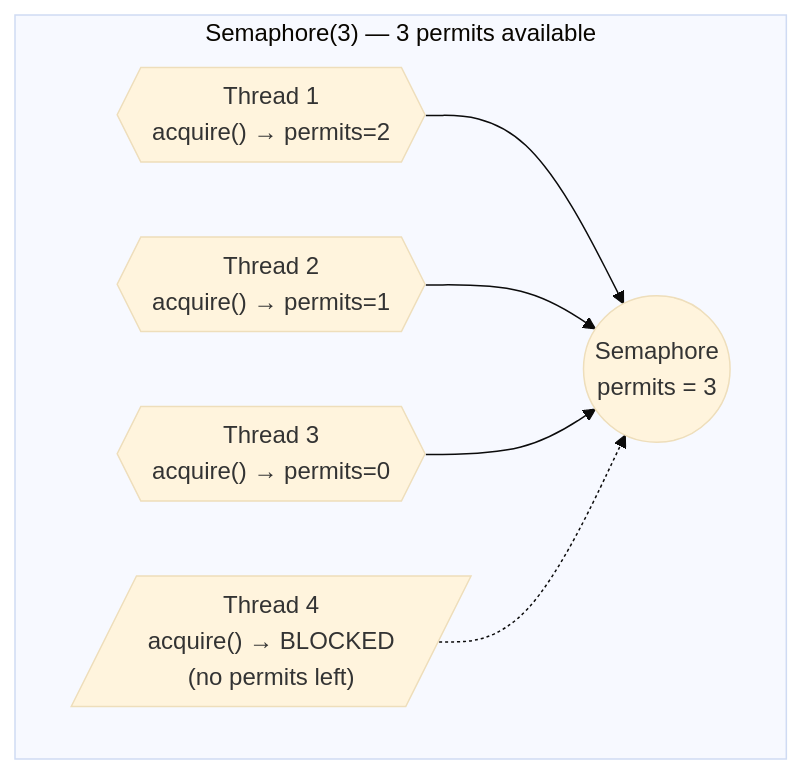
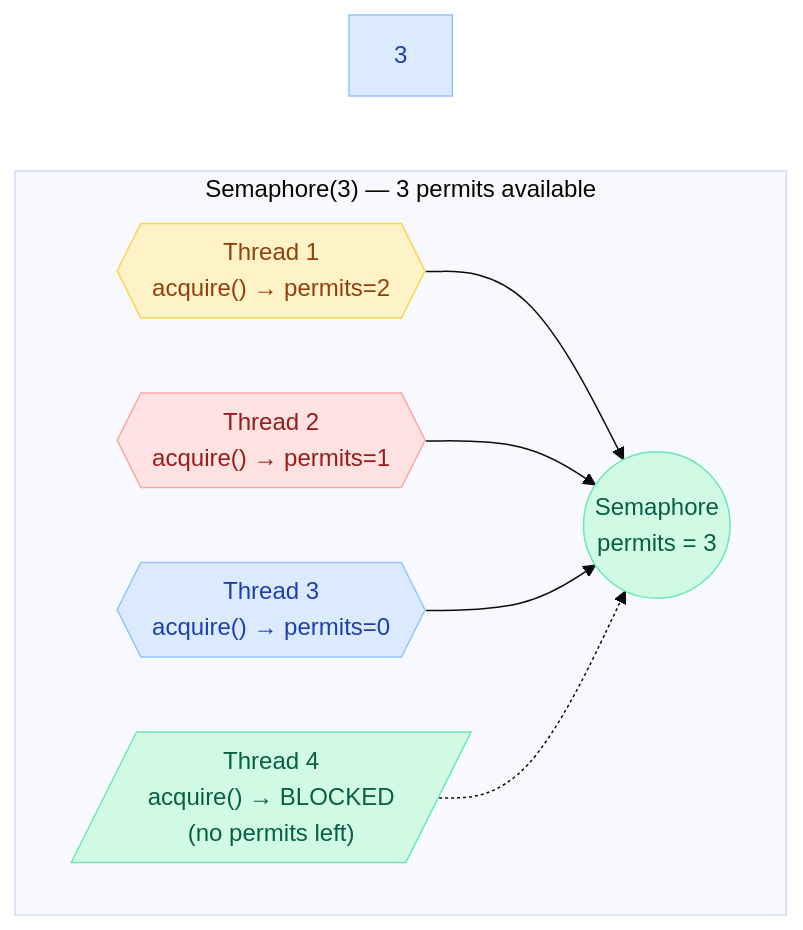
The first of 4 diagrams in docs/java/ConcurrencyPatterns.md (saivamsikaruturi/vamsilabs-dev-notes-main), drawn with Mermaid (base theme) before and after one commit. The commit also changed other lines of this file and 220 other files, not shown here.

First line of the commit message:
Add 50+ new Java/Spring Boot pages, rewrite CSS code blocks to Oracle style, fix all diagram colors

````diff
--- a/docs/java/ConcurrencyPatterns.md
+++ b/docs/java/ConcurrencyPatterns.md
@@ -284,10 +284,17 @@
 ```mermaid
 flowchart LR
     subgraph "Semaphore(3) — 3 permits available"
         direction LR
         T1{{"Thread 1<br/>acquire() → permits=2"}} --> S(("Semaphore<br/>permits = 3"))
         T2{{"Thread 2<br/>acquire() → permits=1"}} --> S
         T3{{"Thread 3<br/>acquire() → permits=0"}} --> S
         T4[/"Thread 4<br/>acquire() → BLOCKED<br/>(no permits left)"/] -.-> S
     end
+
+    style 3 fill:#DBEAFE,stroke:#93C5FD,color:#1E40AF
+    style S fill:#D1FAE5,stroke:#6EE7B7,color:#065F46
+    style T1 fill:#FEF3C7,stroke:#FCD34D,color:#92400E
+    style T2 fill:#FEE2E2,stroke:#FCA5A5,color:#991B1B
+    style T3 fill:#DBEAFE,stroke:#93C5FD,color:#1E40AF
+    style T4 fill:#D1FAE5,stroke:#6EE7B7,color:#065F46
 ```
````
